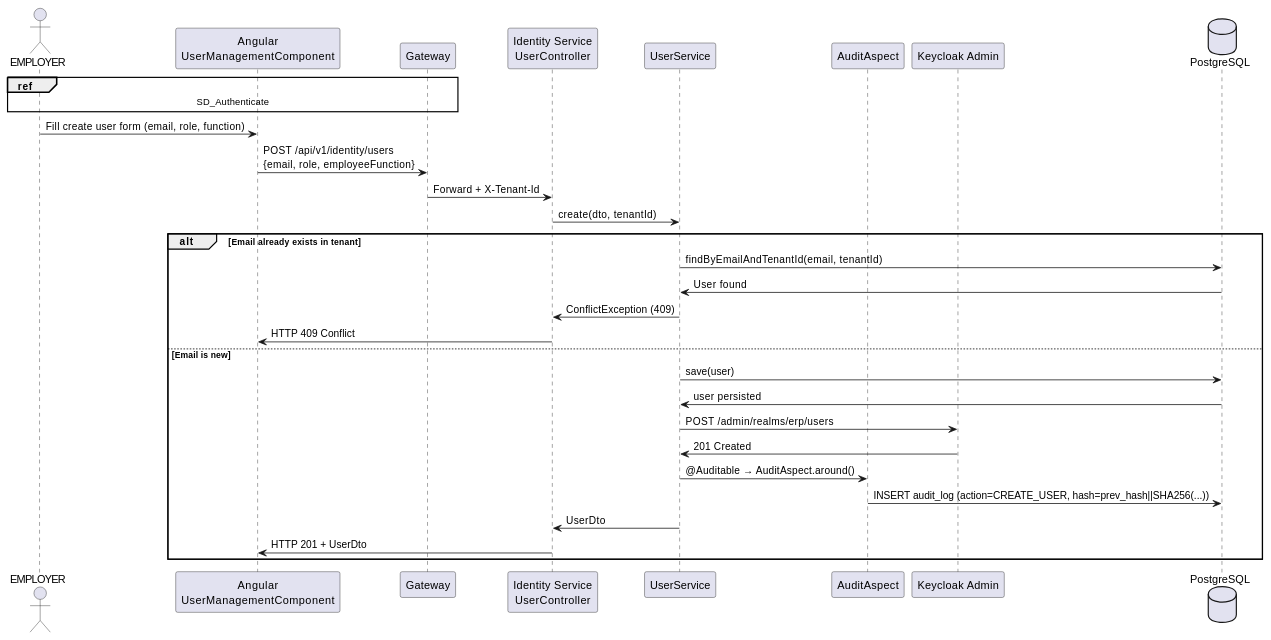
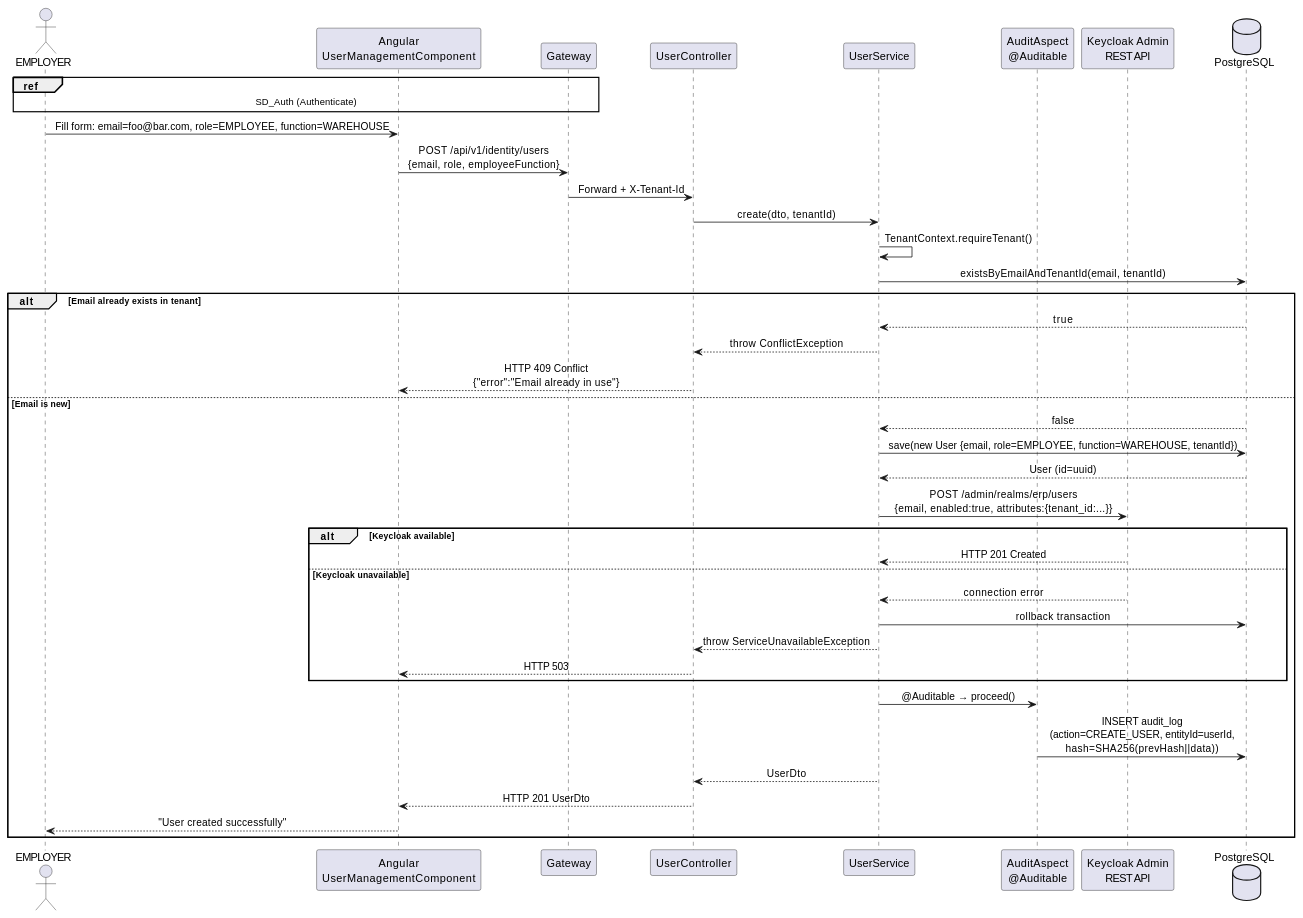
The second of 19 diagrams in docs/PFA_REPORT.md (MohamedTrikii/PFA_CRM_ERP_Platform), drawn with PlantUML before and after one commit. The commit also changed other lines of this file and 150 other files, not shown here.

````diff
--- a/docs/PFA_REPORT.md
+++ b/docs/PFA_REPORT.md
@@ -440,34 +248,49 @@
 ```plantuml
 @startuml SD_CreateUser
+skinparam sequenceMessageAlign center
+
 actor EMPLOYER
 participant "Angular\nUserManagementComponent" as UI
 participant "Gateway" as GW
-participant "Identity Service\nUserController" as API
+participant "UserController" as CTRL
 participant "UserService" as SVC
-participant "AuditAspect" as AUDIT
-participant "Keycloak Admin" as KC
+participant "AuditAspect\n@Auditable" as AUD
+participant "Keycloak Admin\nREST API" as KC
 database "PostgreSQL" as DB
 
-ref over EMPLOYER, GW : SD_Authenticate
-EMPLOYER -> UI : Fill create user form (email, role, function)
+ref over EMPLOYER, GW : SD_Auth (Authenticate)
+
+EMPLOYER -> UI : Fill form: email=foo@bar.com, role=EMPLOYEE, function=WAREHOUSE
 UI -> GW : POST /api/v1/identity/users\n{email, role, employeeFunction}
-GW -> API : Forward + X-Tenant-Id
-API -> SVC : create(dto, tenantId)
+
+GW -> CTRL : Forward + X-Tenant-Id
+CTRL -> SVC : create(dto, tenantId)
+SVC -> SVC : TenantContext.requireTenant()
+SVC -> DB : existsByEmailAndTenantId(email, tenantId)
 
 alt Email already exists in tenant
-  SVC -> DB : findByEmailAndTenantId(email, tenantId)
-  DB -> SVC : User found
-  SVC -> API : ConflictException (409)
-  API -> UI : HTTP 409 Conflict
+  DB --> SVC : true
+  SVC --> CTRL : throw ConflictException
+  CTRL --> UI : HTTP 409 Conflict\n{"error":"Email already in use"}
 else Email is new
-  SVC -> DB : save(user)
-  DB -> SVC : user persisted
-  SVC -> KC : POST /admin/realms/erp/users
-  KC -> SVC : 201 Created
-  SVC -> AUDIT : @Auditable → AuditAspect.around()
-  AUDIT -> DB : INSERT audit_log (action=CREATE_USER, hash=prev_hash||SHA256(...))
-  SVC -> API : UserDto
-  API -> UI : HTTP 201 + UserDto
+  DB --> SVC : false
+  SVC -> DB : save(new User {email, role=EMPLOYEE, function=WAREHOUSE, tenantId})
+  DB --> SVC : User (id=uuid)
+  SVC -> KC : POST /admin/realms/erp/users\n{email, enabled:true, attributes:{tenant_id:...}}
+  alt Keycloak available
+    KC --> SVC : HTTP 201 Created
+  else Keycloak unavailable
+    KC --> SVC : connection error
+    SVC -> DB : rollback transaction
+    SVC --> CTRL : throw ServiceUnavailableException
+    CTRL --> UI : HTTP 503
+  end
+  SVC -> AUD : @Auditable → proceed()
+  AUD -> DB : INSERT audit_log\n(action=CREATE_USER, entityId=userId,\nhash=SHA256(prevHash||data))
+  SVC --> CTRL : UserDto
+  CTRL --> UI : HTTP 201 UserDto
+  UI --> EMPLOYER : "User created successfully"
 end
+
 @enduml
 ```
````
